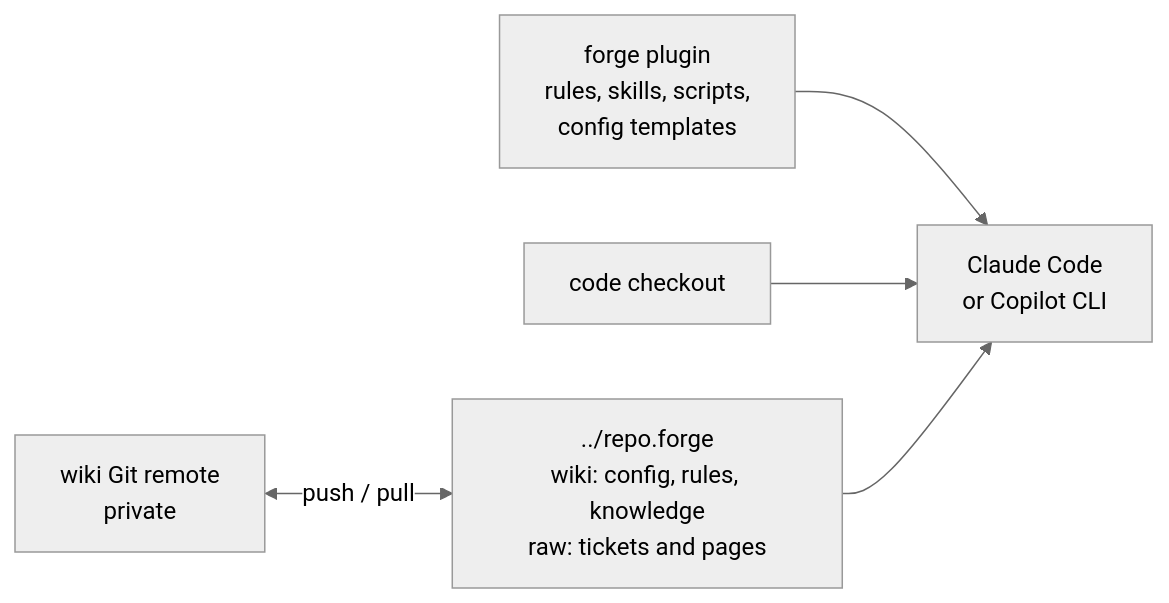
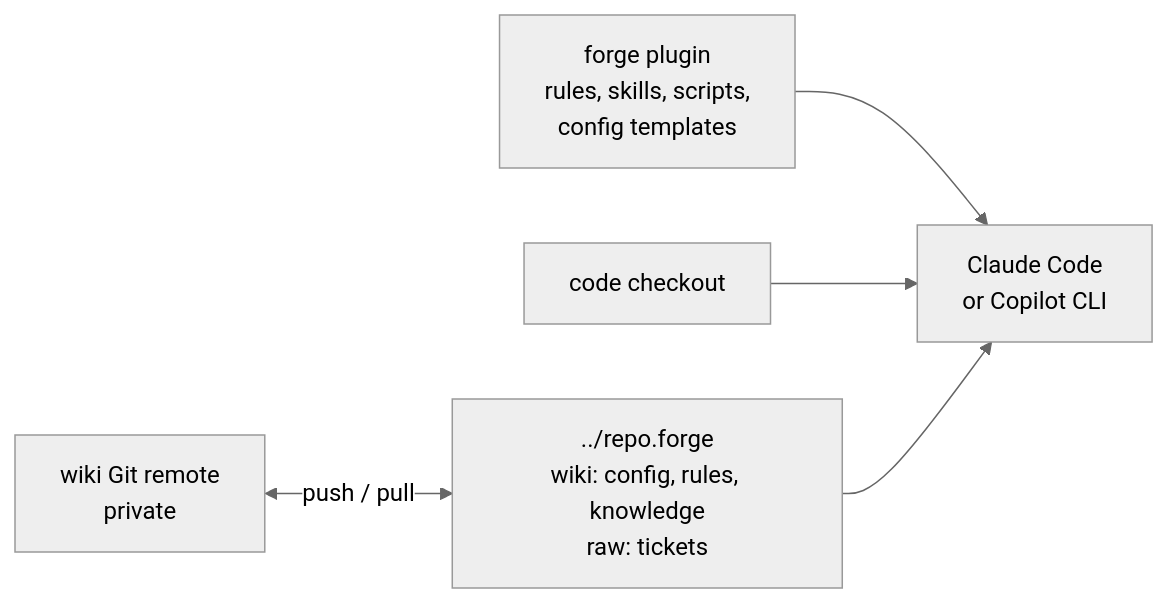
The first of 2 diagrams in README.md (alexradunet/forge-engineering), drawn with Mermaid (neutral theme) before and after one commit. The commit also changed other lines of this file and 80 other files, not shown here.

First line of the commit message:
Forge 0.1.0: remove all web parts (pages, live server, session list, UI kit, Mermaid); the board is a text table in chat

````diff
--- a/README.md
+++ b/README.md
@@ -12,7 +12,7 @@
 ```mermaid
 flowchart LR
   plugin["forge plugin<br/>rules, skills, scripts,<br/>config templates"] --> host["Claude Code<br/>or Copilot CLI"]
   repo["code checkout"] --> host
-  wiki["../repo.forge<br/>wiki: config, rules, knowledge<br/>raw: tickets and pages"] --> host
+  wiki["../repo.forge<br/>wiki: config, rules, knowledge<br/>raw: tickets"] --> host
   shared["wiki Git remote<br/>private"] <-->|push / pull| wiki
 ```
````
